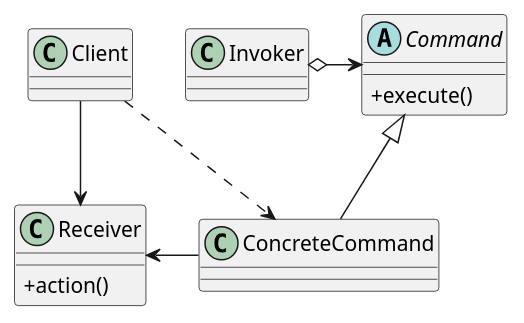
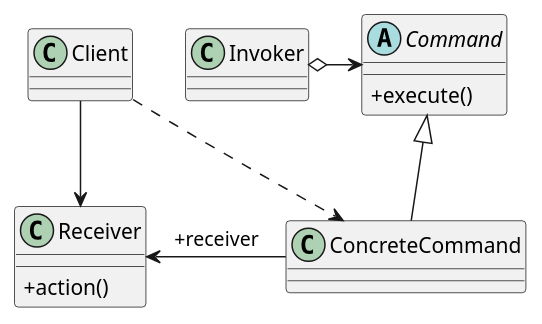
Before and after one commit to gorden5566/demo: the diagram in src/main/java/com/gorden5566/learn/pattern/manual/command/command.puml, drawn with PlantUML.

Commit message:
command类图

```diff
--- a/src/main/java/com/gorden5566/learn/pattern/manual/command/command.puml
+++ b/src/main/java/com/gorden5566/learn/pattern/manual/command/command.puml
@@ -1,22 +1,22 @@
 @startuml
 skinparam classAttributeIconSize 0
 
 class Client
 class Invoker
 abstract class Command {
     +execute()
 }
 class Receiver {
     +action()
 }
 class ConcreteCommand
 
 Invoker o-right-> Command
 ConcreteCommand -up-|> Command
-ConcreteCommand -left-> Receiver
+ConcreteCommand -left-> Receiver : +receiver
 
 Client -down-> Receiver
 Client .down.> ConcreteCommand
 
 
 @enduml
```
